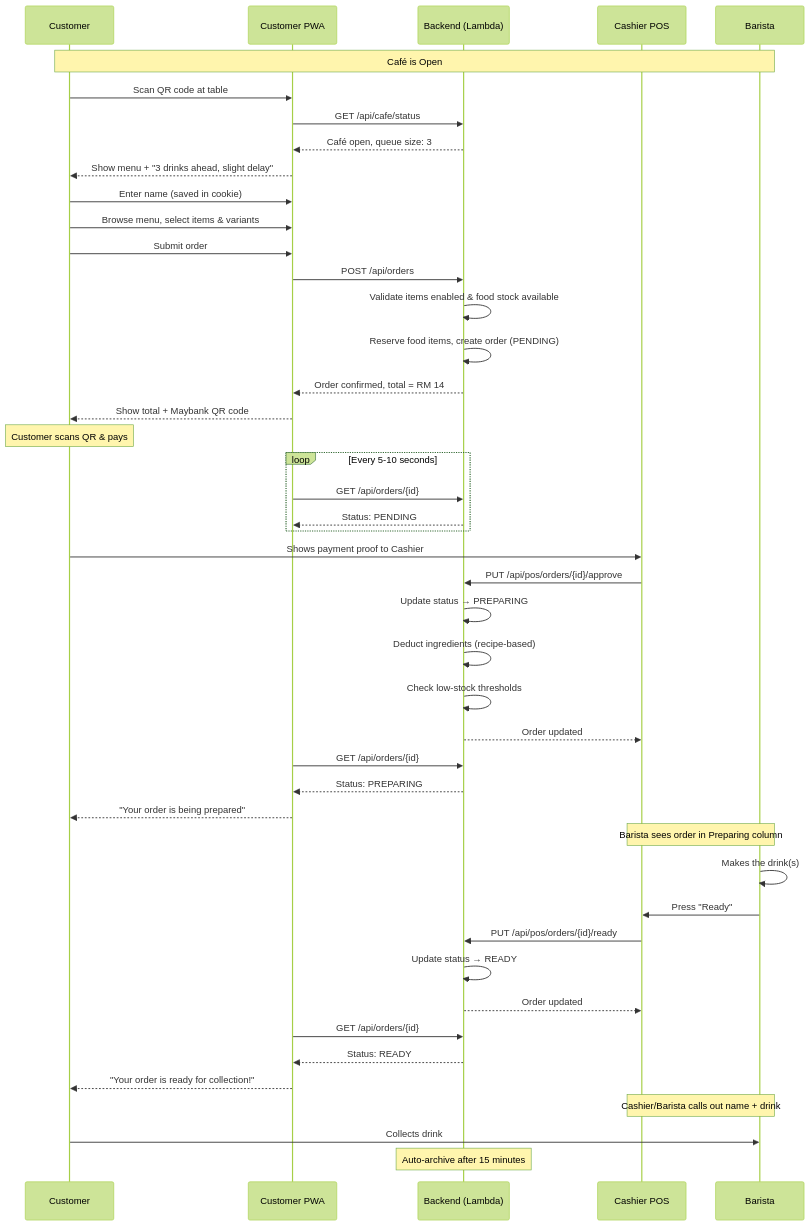
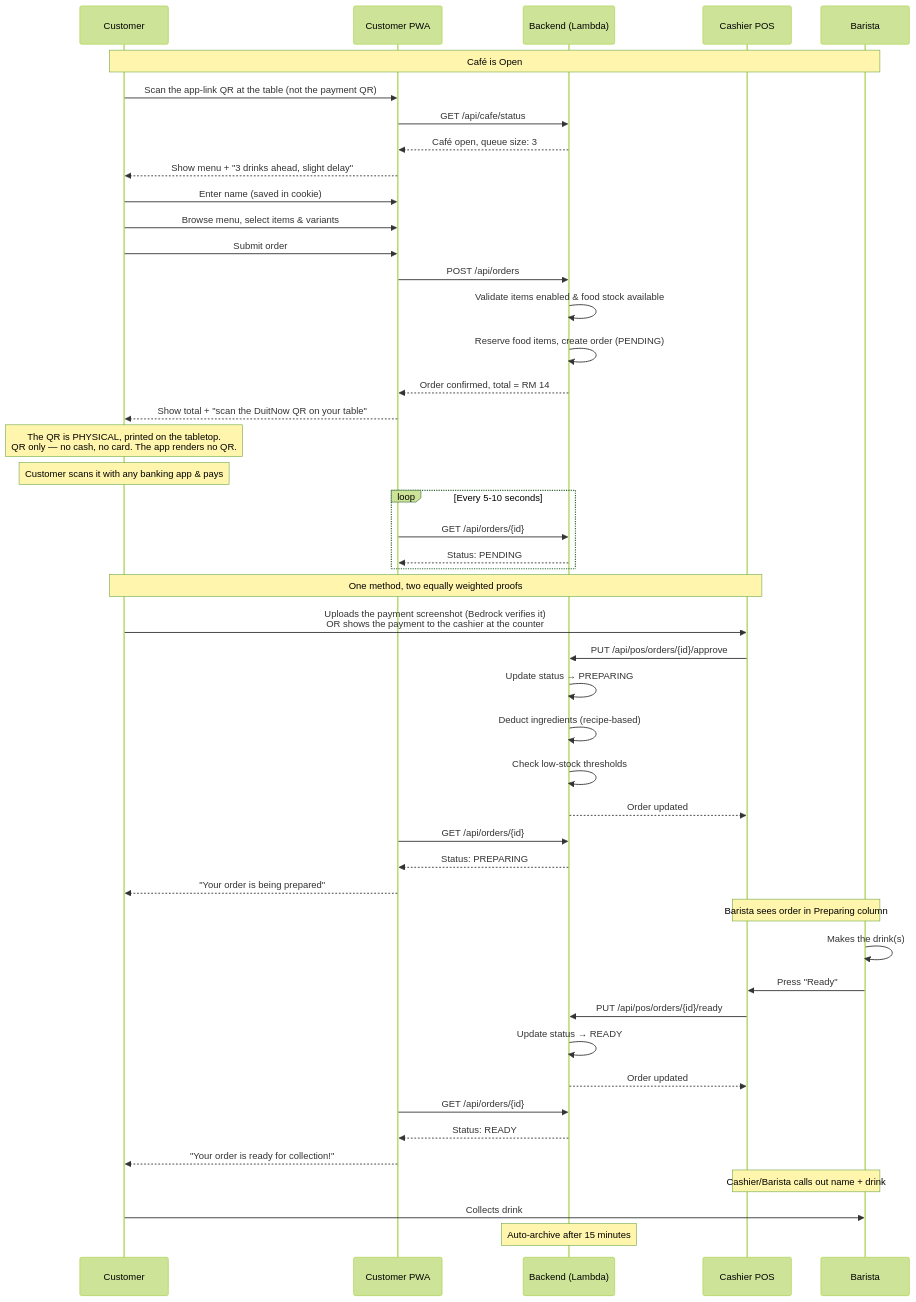
One commit to kuettai/rlc-cafe-pos changed the diagram in docs/user-journey.md. Above: the diagram before and after it, drawn with Mermaid (forest theme). The commit also changed 18 other files, not shown here.

````diff
--- a/docs/user-journey.md
+++ b/docs/user-journey.md
@@ -3,63 +3,65 @@
 ```mermaid
 sequenceDiagram
     participant C as Customer
     participant App as Customer PWA
     participant API as Backend (Lambda)
     participant POS as Cashier POS
     participant B as Barista
 
     Note over C,B: Café is Open
 
-    C->>App: Scan QR code at table
+    C->>App: Scan the app-link QR at the table (not the payment QR)
     App->>API: GET /api/cafe/status
     API-->>App: Café open, queue size: 3
     App-->>C: Show menu + "3 drinks ahead, slight delay"
 
     C->>App: Enter name (saved in cookie)
     C->>App: Browse menu, select items & variants
     C->>App: Submit order
 
     App->>API: POST /api/orders
     API->>API: Validate items enabled & food stock available
     API->>API: Reserve food items, create order (PENDING)
     API-->>App: Order confirmed, total = RM 14
 
-    App-->>C: Show total + Maybank QR code
-    Note over C: Customer scans QR & pays
+    App-->>C: Show total + "scan the DuitNow QR on your table"
+    Note over C: The QR is PHYSICAL, printed on the tabletop.<br/>QR only — no cash, no card. The app renders no QR.
+    Note over C: Customer scans it with any banking app & pays
 
     loop Every 5-10 seconds
         App->>API: GET /api/orders/{id}
         API-->>App: Status: PENDING
     end
 
-    C->>POS: Shows payment proof to Cashier
+    Note over C,POS: One method, two equally weighted proofs
+    C->>POS: Uploads the payment screenshot (Bedrock verifies it)<br/>OR shows the payment to the cashier at the counter
 
     POS->>API: PUT /api/pos/orders/{id}/approve
     API->>API: Update status → PREPARING
     API->>API: Deduct ingredients (recipe-based)
     API->>API: Check low-stock thresholds
     API-->>POS: Order updated
 
     App->>API: GET /api/orders/{id}
     API-->>App: Status: PREPARING
     App-->>C: "Your order is being prepared"
 
     Note over POS,B: Barista sees order in Preparing column
 
     B->>B: Makes the drink(s)
     B->>POS: Press "Ready"
 
     POS->>API: PUT /api/pos/orders/{id}/ready
     API->>API: Update status → READY
     API-->>POS: Order updated
 
     App->>API: GET /api/orders/{id}
     API-->>App: Status: READY
     App-->>C: "Your order is ready for collection!"
 
     Note over POS,B: Cashier/Barista calls out name + drink
 
     C->>B: Collects drink
 
     Note over API: Auto-archive after 15 minutes
 ```
````
